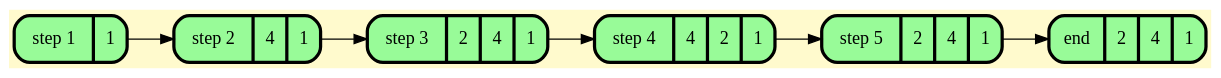
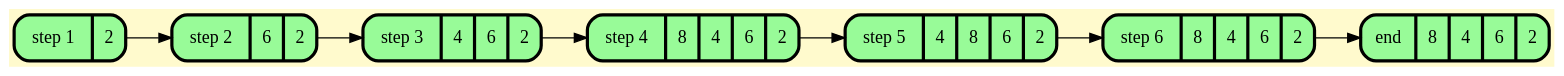
The diagram in graphDump/dump.gv (BulgakovDmitry/LFU_cache), drawn with Graphviz before and after one commit. The commit also changed 10 other files, not shown here.

```diff
--- a/graphDump/dump.gv
+++ b/graphDump/dump.gv
@@ -1,19 +1,21 @@
 digraph G {
     rankdir=LR;
     graph [margin="0.8,1.4"];
     node [style=filled, fontcolor=darkblue,    fillcolor=peachpuff, color="#252A34", penwidth=2.5];
     bgcolor="lemonchiffon";
 
-	node_0 [shape=Mrecord; style=filled; fillcolor=palegreen; color="#000000"; fontcolor="#000000"; label="{ step 1 | 1 }"];
-	node_1 [shape=Mrecord; style=filled; fillcolor=palegreen; color="#000000"; fontcolor="#000000"; label="{ step 2 | 4 | 1 }"];
-	node_2 [shape=Mrecord; style=filled; fillcolor=palegreen; color="#000000"; fontcolor="#000000"; label="{ step 3 | 2 | 4 | 1 }"];
-	node_3 [shape=Mrecord; style=filled; fillcolor=palegreen; color="#000000"; fontcolor="#000000"; label="{ step 4 | 4 | 2 | 1 }"];
-	node_4 [shape=Mrecord; style=filled; fillcolor=palegreen; color="#000000"; fontcolor="#000000"; label="{ step 5 | 2 | 4 | 1 }"];
-	node_5 [shape=Mrecord; style=filled; fillcolor=palegreen; color="#000000"; fontcolor="#000000"; label="{ end | 2 | 4 | 1 }"];
+	node_0 [shape=Mrecord; style=filled; fillcolor=palegreen; color="#000000"; fontcolor="#000000"; label="{ step 1 | 2 }"];
+	node_1 [shape=Mrecord; style=filled; fillcolor=palegreen; color="#000000"; fontcolor="#000000"; label="{ step 2 | 6 | 2 }"];
+	node_2 [shape=Mrecord; style=filled; fillcolor=palegreen; color="#000000"; fontcolor="#000000"; label="{ step 3 | 4 | 6 | 2 }"];
+	node_3 [shape=Mrecord; style=filled; fillcolor=palegreen; color="#000000"; fontcolor="#000000"; label="{ step 4 | 8 | 4 | 6 | 2 }"];
+	node_4 [shape=Mrecord; style=filled; fillcolor=palegreen; color="#000000"; fontcolor="#000000"; label="{ step 5 | 4 | 8 | 6 | 2 }"];
+	node_5 [shape=Mrecord; style=filled; fillcolor=palegreen; color="#000000"; fontcolor="#000000"; label="{ step 6 | 8 | 4 | 6 | 2 }"];
+	node_6 [shape=Mrecord; style=filled; fillcolor=palegreen; color="#000000"; fontcolor="#000000"; label="{ end | 8 | 4 | 6 | 2 }"];
 
 	node_0 -> node_1
 	node_1 -> node_2
 	node_2 -> node_3
 	node_3 -> node_4
 	node_4 -> node_5
+	node_5 -> node_6
 }
```
